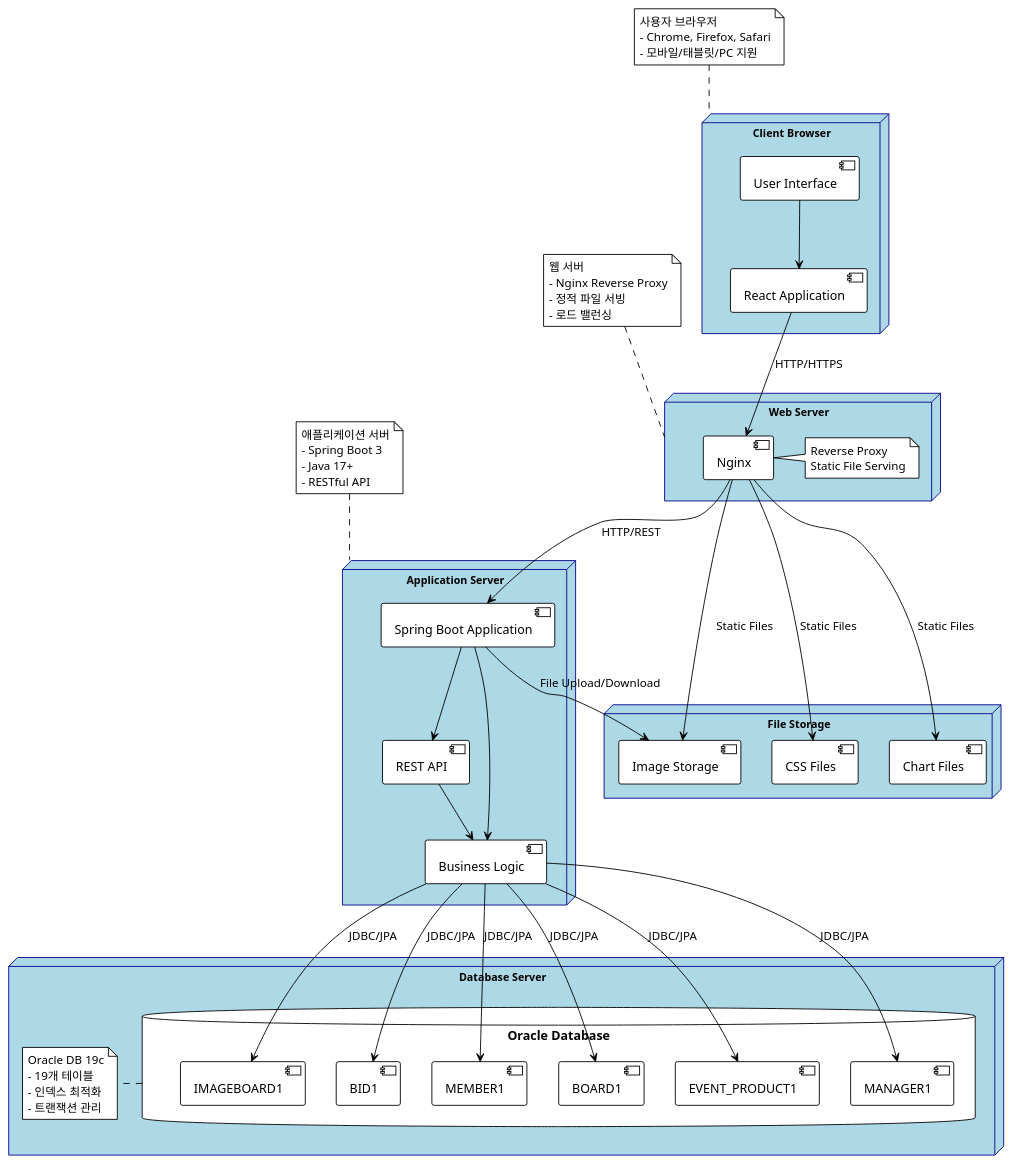
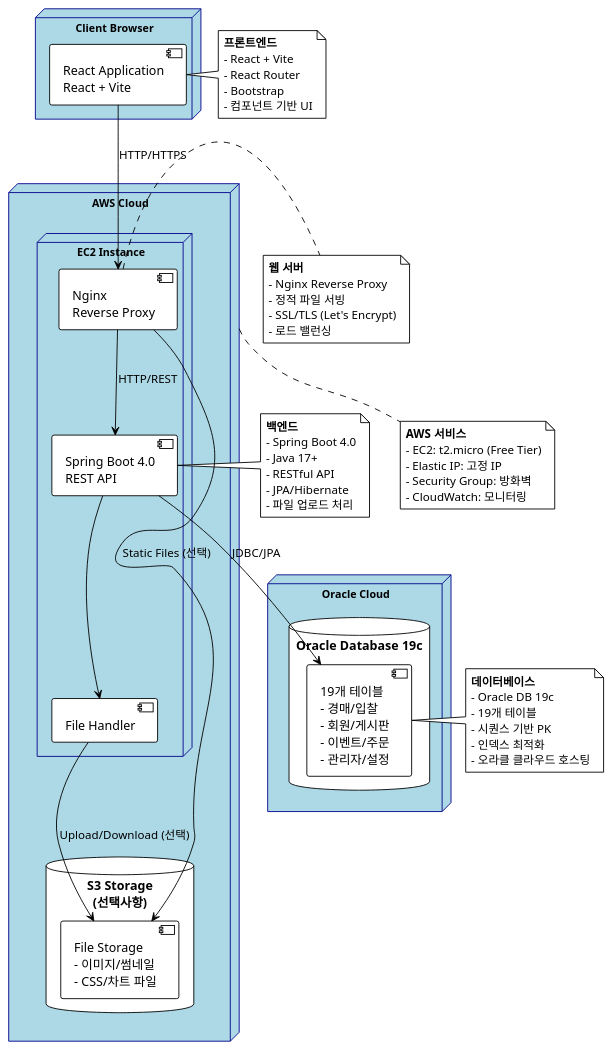
The diagram in UML/deployment_diagram.puml (snlee1004/goldauction), drawn with PlantUML before and after one commit. The commit also changed other lines of this file and 27 other files, not shown here.

```diff
--- a/UML/deployment_diagram.puml
+++ b/UML/deployment_diagram.puml
@@ -1,94 +1,81 @@
 @startuml 배포_다이어그램_시스템_배포_구조
 !theme plain
 skinparam defaultFontName "Malgun Gothic"
 skinparam node {
     BackgroundColor LightBlue
     BorderColor DarkBlue
     FontSize 12
 }
 
 node "Client Browser" {
-    [React Application] as ReactApp
-    [User Interface] as UI
+    [React Application\nReact + Vite] as ReactApp
 }
 
-node "Web Server" {
-    [Nginx] as Nginx
-    note right of Nginx
-      Reverse Proxy
-      Static File Serving
-    end note
+node "AWS Cloud" {
+    node "EC2 Instance" {
+        [Nginx\nReverse Proxy] as Nginx
+        [Spring Boot 4.0\nREST API] as SpringApp
+        [File Handler] as FileHandler
+    }
+    database "S3 Storage\n(선택사항)" {
+        [File Storage\n- 이미지/썸네일\n- CSS/차트 파일] as S3Storage
+    }
 }
 
-node "Application Server" {
-    [Spring Boot Application] as SpringApp
-    [REST API] as RESTAPI
-    [Business Logic] as BusinessLogic
-}
-
-node "Database Server" {
-    database "Oracle Database" {
-        [IMAGEBOARD1] as ImageboardDB
-        [BID1] as BidDB
-        [MEMBER1] as MemberDB
-        [BOARD1] as BoardDB
-        [EVENT_PRODUCT1] as EventProductDB
-        [MANAGER1] as ManagerDB
+node "Oracle Cloud" {
+    database "Oracle Database 19c" {
+        [19개 테이블\n- 경매/입찰\n- 회원/게시판\n- 이벤트/주문\n- 관리자/설정] as OracleDB
     }
-    note right of "Oracle Database"
-      Oracle DB 19c
-      - 19개 테이블
-      - 인덱스 최적화
-      - 트랜잭션 관리
-    end note
-}
-
-node "File Storage" {
-    [Image Storage] as ImageStorage
-    [CSS Files] as CSSFiles
-    [Chart Files] as ChartFiles
 }
 
 ' 연결
 ReactApp --> Nginx : HTTP/HTTPS
-UI --> ReactApp
+Nginx --> SpringApp : HTTP/REST
+Nginx --> S3Storage : Static Files (선택)
+SpringApp --> OracleDB : JDBC/JPA
+SpringApp --> FileHandler
+FileHandler --> S3Storage : Upload/Download (선택)
 
-Nginx --> SpringApp : HTTP/REST
-Nginx --> ImageStorage : Static Files
-Nginx --> CSSFiles : Static Files
-Nginx --> ChartFiles : Static Files
-
-SpringApp --> RESTAPI
-SpringApp --> BusinessLogic
-RESTAPI --> BusinessLogic
-
-BusinessLogic --> ImageboardDB : JDBC/JPA
-BusinessLogic --> BidDB : JDBC/JPA
-BusinessLogic --> MemberDB : JDBC/JPA
-BusinessLogic --> BoardDB : JDBC/JPA
-BusinessLogic --> EventProductDB : JDBC/JPA
-BusinessLogic --> ManagerDB : JDBC/JPA
-
-SpringApp --> ImageStorage : File Upload/Download
-
-note top of "Client Browser"
-  사용자 브라우저
-  - Chrome, Firefox, Safari
-  - 모바일/태블릿/PC 지원
+note right of ReactApp
+  **프론트엔드**
+  - React + Vite
+  - React Router
+  - Bootstrap
+  - 컴포넌트 기반 UI
 end note
 
-note top of "Web Server"
-  웹 서버
+note right of Nginx
+  **웹 서버**
   - Nginx Reverse Proxy
   - 정적 파일 서빙
+  - SSL/TLS (Let's Encrypt)
   - 로드 밸런싱
 end note
 
-note top of "Application Server"
-  애플리케이션 서버
-  - Spring Boot 3
+note right of SpringApp
+  **백엔드**
+  - Spring Boot 4.0
   - Java 17+
   - RESTful API
+  - JPA/Hibernate
+  - 파일 업로드 처리
+end note
+
+note right of OracleDB
+  **데이터베이스**
+  - Oracle DB 19c
+  - 19개 테이블
+  - 시퀀스 기반 PK
+  - 인덱스 최적화
+  - 오라클 클라우드 호스팅
+end note
+
+note bottom of "AWS Cloud"
+  **AWS 서비스**
+  - EC2: t2.micro (Free Tier)
+  - Elastic IP: 고정 IP
+  - Security Group: 방화벽
+  - CloudWatch: 모니터링
 end note
 
 @enduml
```
